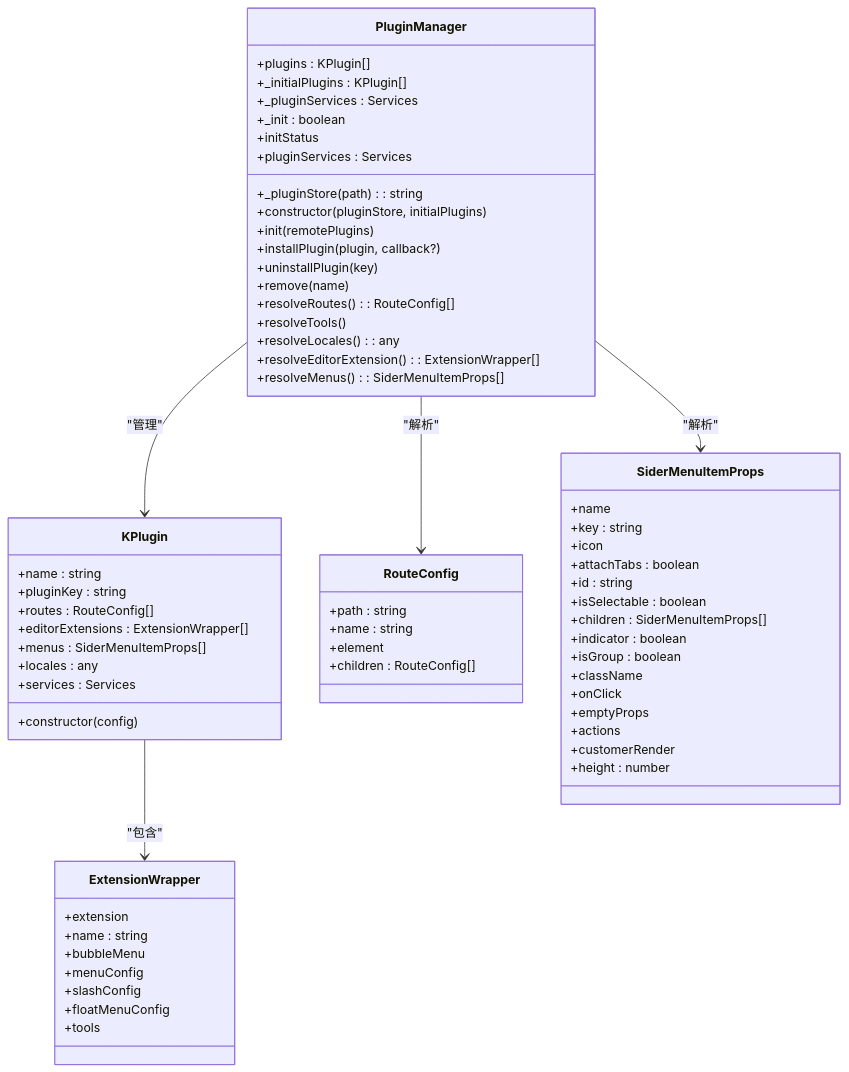
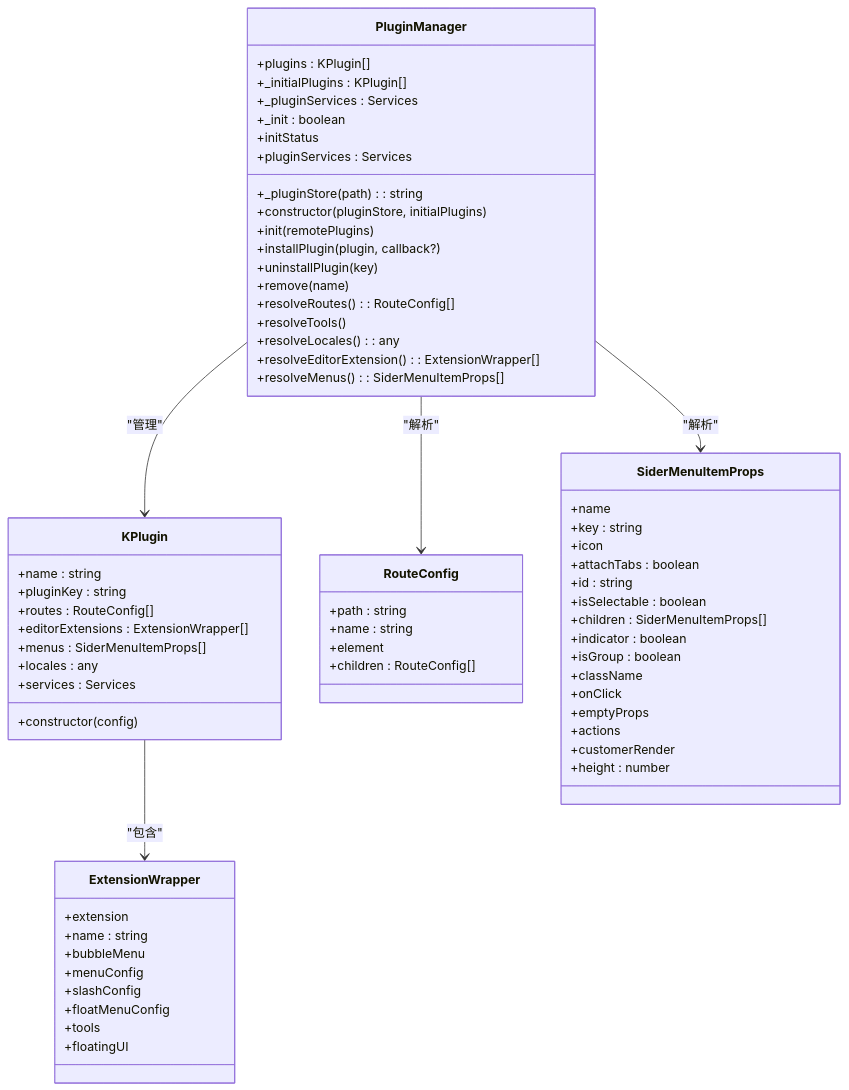
One commit to LRF0422/Kotion changed the third of 22 diagrams in .qoder/repowiki/zh/content/架构设计/插件系统架构/插件系统架构.md. Above: the diagram before and after it, drawn with Mermaid. The commit also changed other lines of this file and 5 other files, not shown here.

````diff
--- a/.qoder/repowiki/zh/content/架构设计/插件系统架构/插件系统架构.md
+++ b/.qoder/repowiki/zh/content/架构设计/插件系统架构/插件系统架构.md
@@ -290,68 +298,69 @@
 ```mermaid
 classDiagram
 class PluginManager {
 +plugins : KPlugin[]
 +_initialPlugins : KPlugin[]
 +_pluginServices : Services
 +_pluginStore(path) : string
 +_init : boolean
 +constructor(pluginStore, initialPlugins)
 +init(remotePlugins)
 +installPlugin(plugin, callback?)
 +uninstallPlugin(key)
 +remove(name)
 +initStatus
 +resolveRoutes() : RouteConfig[]
 +resolveTools()
 +resolveLocales() : any
 +resolveEditorExtension() : ExtensionWrapper[]
 +resolveMenus() : SiderMenuItemProps[]
 +pluginServices : Services
 }
 class KPlugin {
 +name : string
 +pluginKey : string
 +constructor(config)
 +routes : RouteConfig[]
 +editorExtensions : ExtensionWrapper[]
 +menus : SiderMenuItemProps[]
 +locales : any
 +services : Services
 }
 class ExtensionWrapper {
 +extension
 +name : string
 +bubbleMenu
 +menuConfig
 +slashConfig
 +floatMenuConfig
 +tools
++floatingUI
 }
 class RouteConfig {
 +path : string
 +name : string
 +element
 +children : RouteConfig[]
 }
 class SiderMenuItemProps {
 +name
 +key : string
 +icon
 +attachTabs : boolean
 +id : string
 +isSelectable : boolean
 +children : SiderMenuItemProps[]
 +indicator : boolean
 +isGroup : boolean
 +className
 +onClick
 +emptyProps
 +actions
 +customerRender
 +height : number
 }
 PluginManager --> KPlugin : "管理"
 KPlugin --> ExtensionWrapper : "包含"
 PluginManager --> RouteConfig : "解析"
 PluginManager --> SiderMenuItemProps : "解析"
 ```
````
